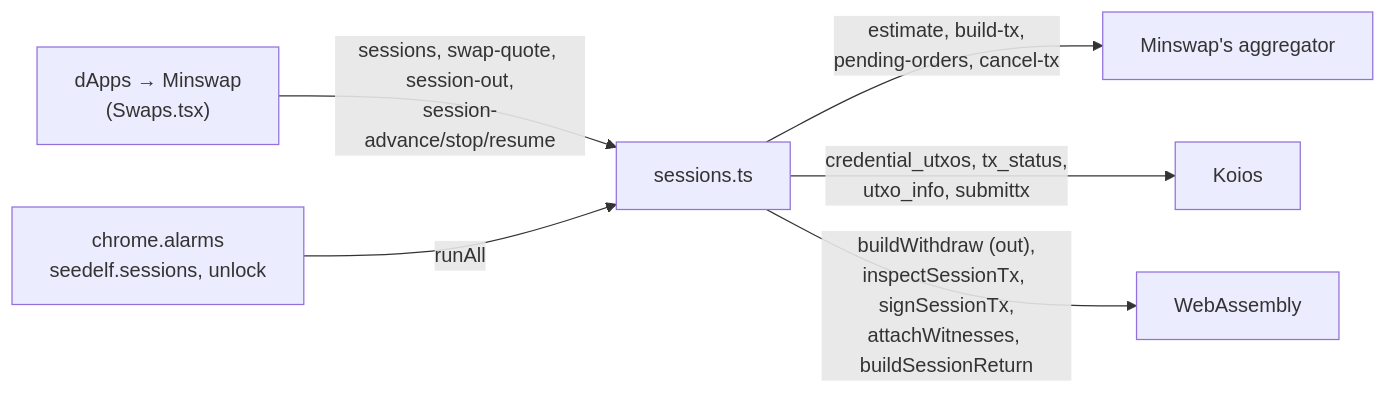
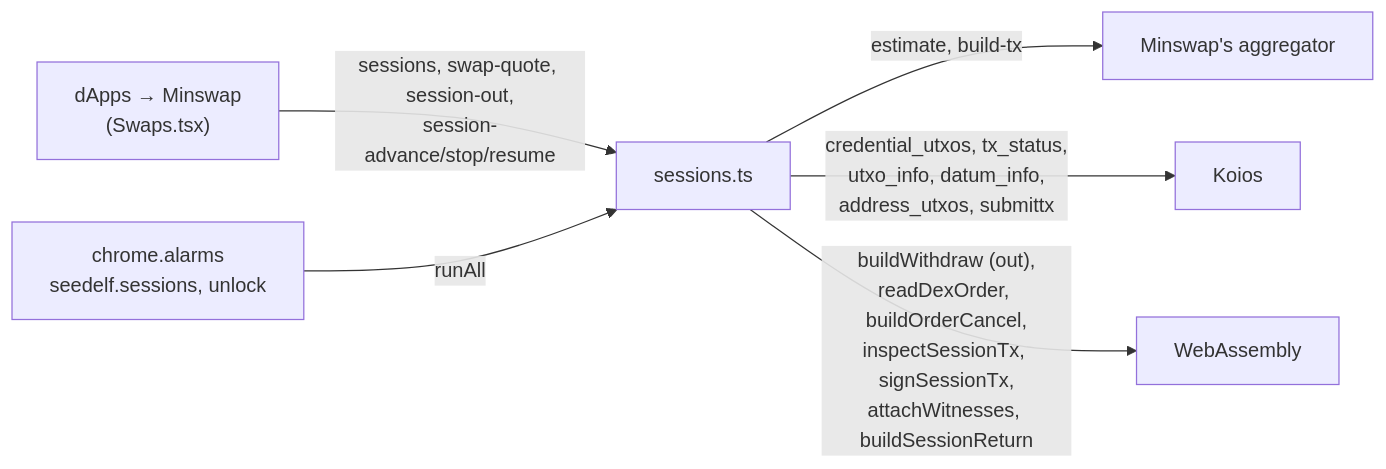
Before and after one commit to logical-mechanism/Seedelf-Wallet: the third of 4 diagrams in seedelf-platform/seedelf-web-wallet/docs/architecture.md, drawn with Mermaid. The commit also changed other lines of this file and 40 other files, not shown here.

````diff
--- a/seedelf-platform/seedelf-web-wallet/docs/architecture.md
+++ b/seedelf-platform/seedelf-web-wallet/docs/architecture.md
@@ -564,8 +564,8 @@
 ```mermaid
 flowchart LR
   UI["dApps → Minswap<br/>(Swaps.tsx)"] -- "sessions, swap-quote, session-out,<br/>session-advance/stop/resume" --> S["sessions.ts"]
   A["chrome.alarms<br/>seedelf.sessions, unlock"] -- "runAll" --> S
-  S -- "estimate, build-tx,<br/>pending-orders, cancel-tx" --> M["Minswap's aggregator"]
-  S -- "credential_utxos, tx_status,<br/>utxo_info, submittx" --> K["Koios"]
-  S -- "buildWithdraw (out),<br/>inspectSessionTx, signSessionTx,<br/>attachWitnesses, buildSessionReturn" --> X["WebAssembly"]
+  S -- "estimate, build-tx" --> M["Minswap's aggregator"]
+  S -- "credential_utxos, tx_status,<br/>utxo_info, datum_info,<br/>address_utxos, submittx" --> K["Koios"]
+  S -- "buildWithdraw (out),<br/>readDexOrder, buildOrderCancel,<br/>inspectSessionTx, signSessionTx,<br/>attachWitnesses, buildSessionReturn" --> X["WebAssembly"]
 ```
````
